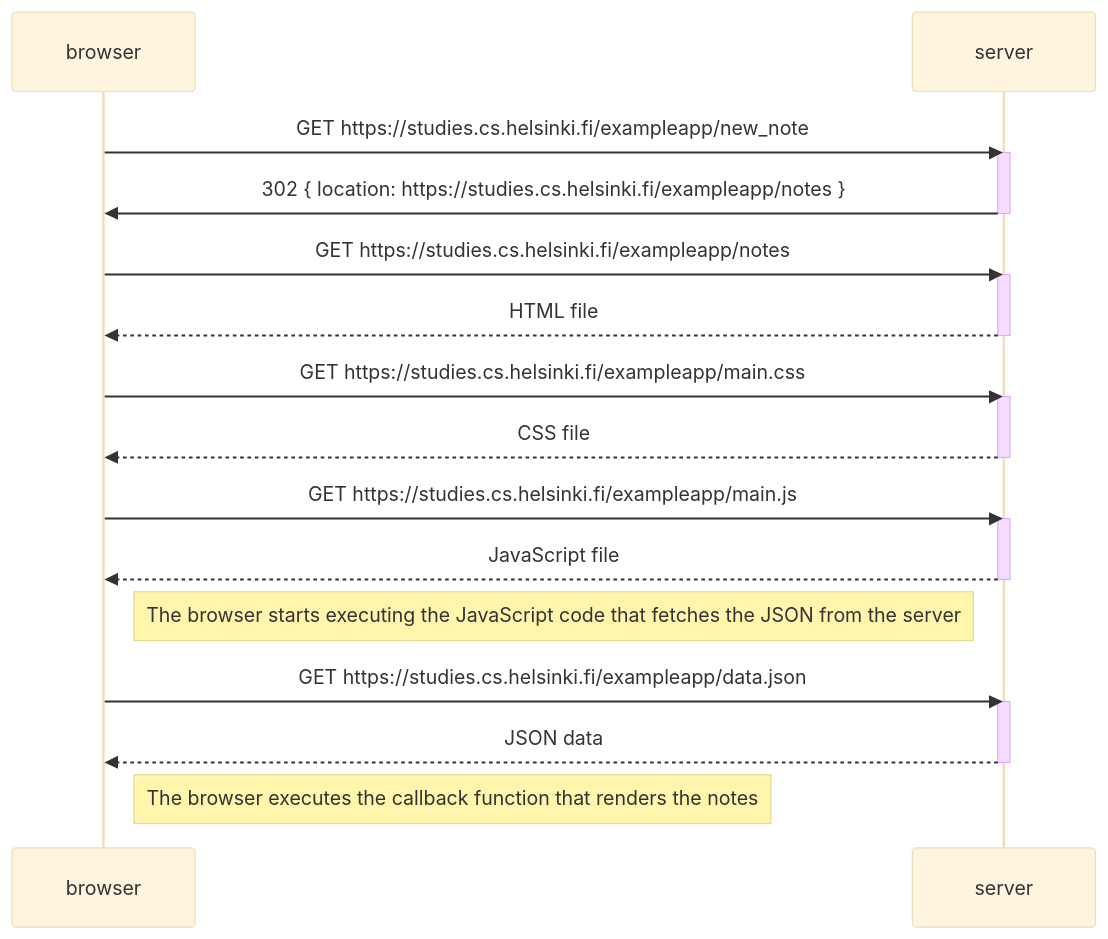
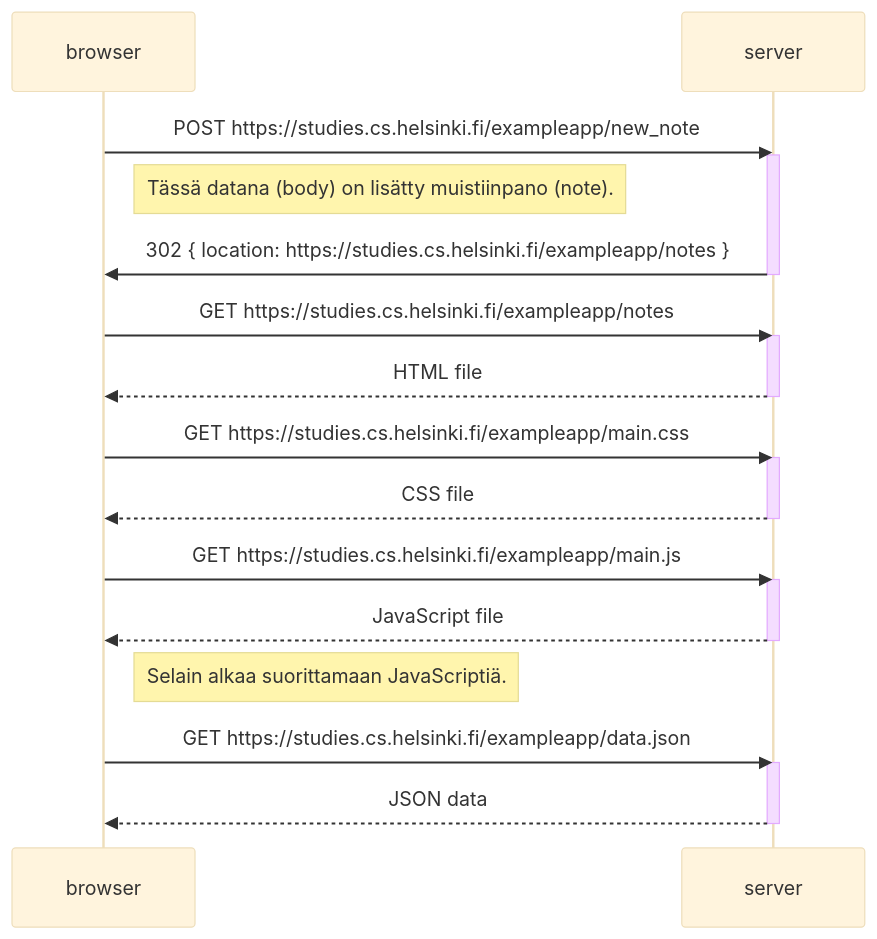
The diagram in osa0/README.md (vreima/fullstackopen), drawn with Mermaid (base theme) before and after one commit.

Commit message:
Fix GET -> POST

````diff
--- a/osa0/README.md
+++ b/osa0/README.md
@@ -1,34 +1,35 @@
 ```mermaid
 sequenceDiagram
     participant browser
     participant server
 
-    browser->>server: GET https://studies.cs.helsinki.fi/exampleapp/new_note
+    browser->>server: POST https://studies.cs.helsinki.fi/exampleapp/new_note
     activate server
+
+    Note right of browser: Tässä datana (body) on lisätty muistiinpano (note).
+
     server->>browser: 302 { location:  https://studies.cs.helsinki.fi/exampleapp/notes }
     deactivate server
 
     browser->>server: GET https://studies.cs.helsinki.fi/exampleapp/notes
     activate server
     server-->>browser: HTML file
     deactivate server
 
     browser->>server: GET https://studies.cs.helsinki.fi/exampleapp/main.css
     activate server
     server-->>browser: CSS file
     deactivate server
 
     browser->>server: GET https://studies.cs.helsinki.fi/exampleapp/main.js
     activate server
     server-->>browser: JavaScript file
     deactivate server
 
-    Note right of browser: The browser starts executing the JavaScript code that fetches the JSON from the server
+    Note right of browser: Selain alkaa suorittamaan JavaScriptiä.
 
     browser->>server: GET https://studies.cs.helsinki.fi/exampleapp/data.json
     activate server
     server-->>browser: JSON data
     deactivate server
-
-    Note right of browser: The browser executes the callback function that renders the notes 
 ```
````
